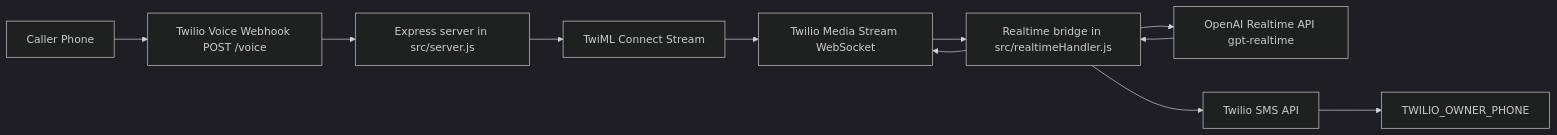
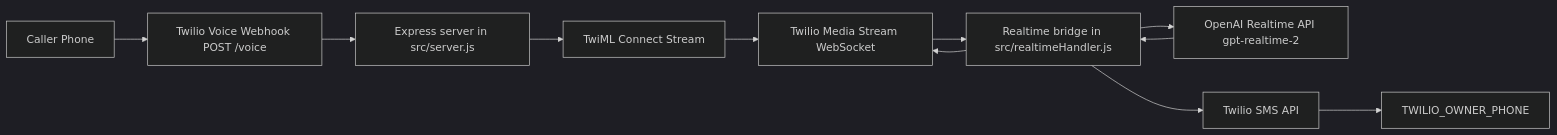
The diagram in README.md (tommyd2377/voice-ai-system), drawn with Mermaid (dark theme) before and after one commit. The commit also changed other lines of this file and 2 other files, not shown here.

Commit message:
Update Victoria realtime model

````diff
--- a/README.md
+++ b/README.md
@@ -52,13 +52,13 @@
 ```mermaid
 flowchart LR
   A[Caller Phone] --> B[Twilio Voice Webhook POST /voice]
   B --> C[Express server in src/server.js]
   C --> D[TwiML Connect Stream]
   D --> E[Twilio Media Stream WebSocket]
   E --> F[Realtime bridge in src/realtimeHandler.js]
-  F --> G[OpenAI Realtime API gpt-realtime]
+  F --> G[OpenAI Realtime API gpt-realtime-2]
   G --> F
   F --> E
   F --> H[Twilio SMS API]
   H --> I[TWILIO_OWNER_PHONE]
 ```
````
